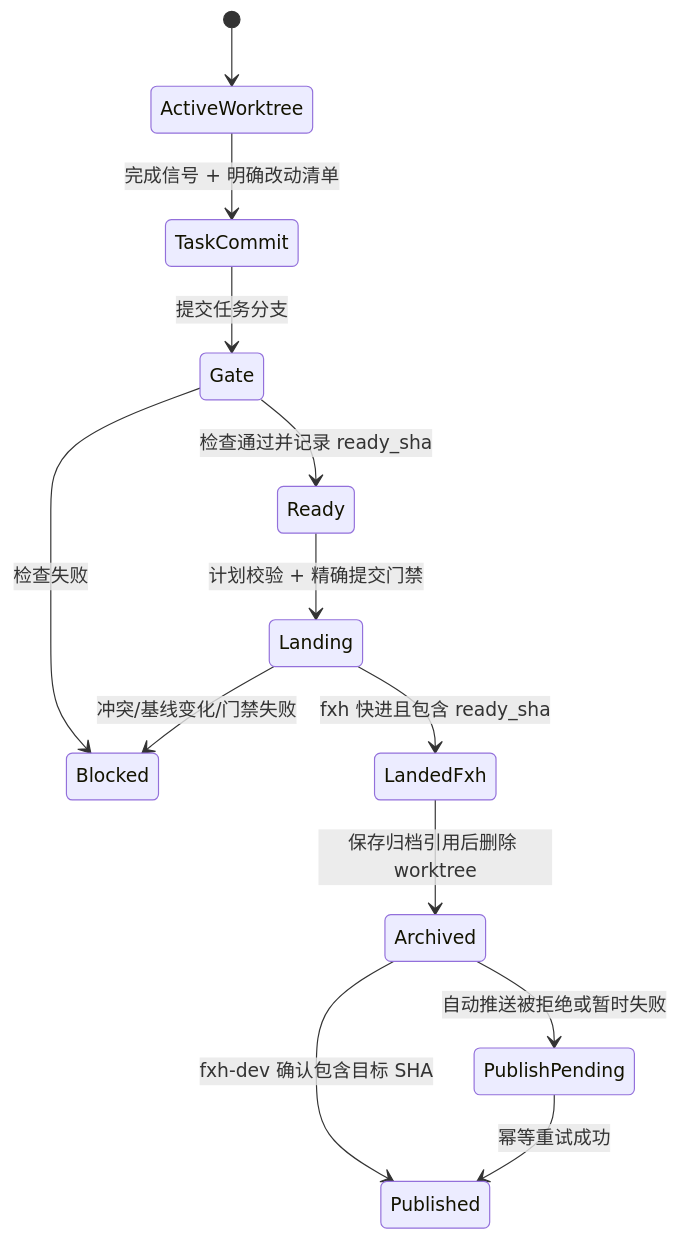
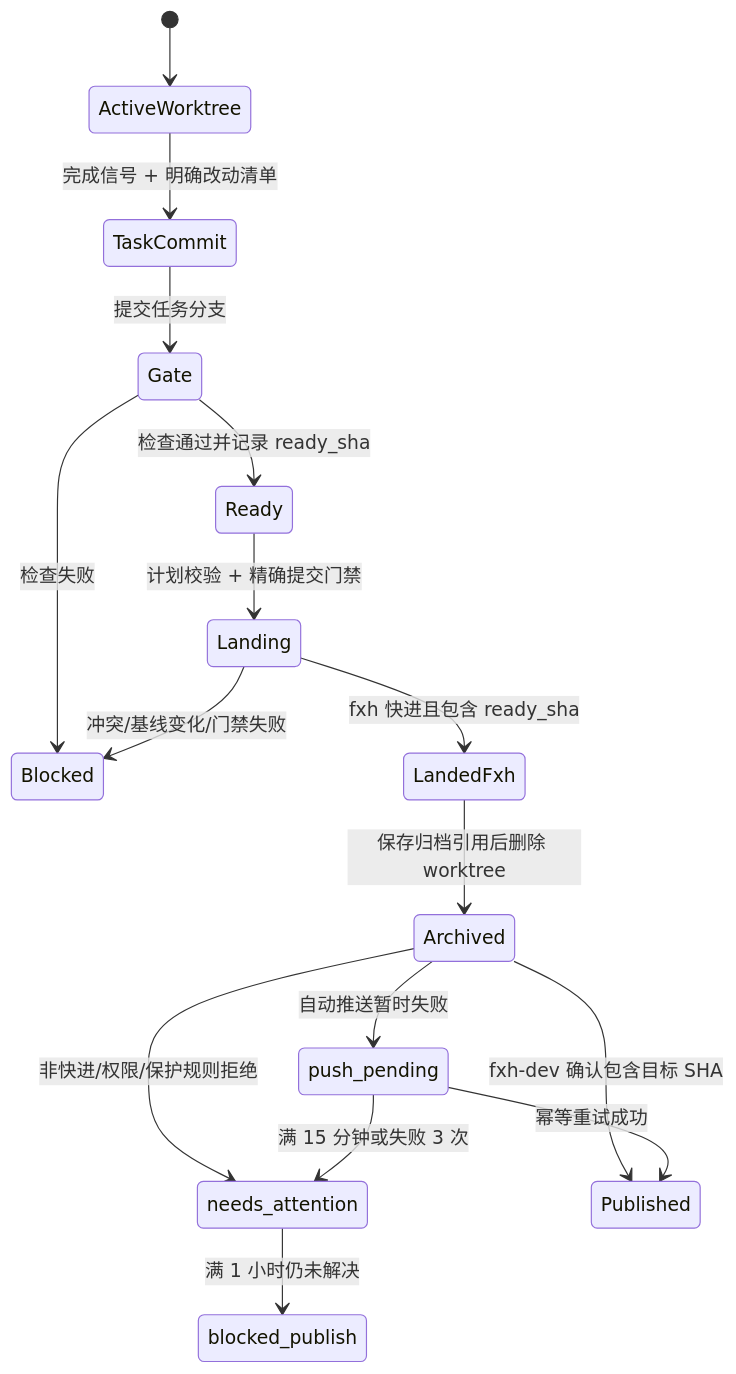
Before and after one commit to fangxh2013/aisk-hub: the diagram in agent-skills/docs/reviews/XINHUA-WORKTREE-AUTO-FLOW-PLAN-2026-09-23.md, drawn with Mermaid. The commit also changed other lines of this file, not shown here.

```diff
--- a/agent-skills/docs/reviews/XINHUA-WORKTREE-AUTO-FLOW-PLAN-2026-09-23.md
+++ b/agent-skills/docs/reviews/XINHUA-WORKTREE-AUTO-FLOW-PLAN-2026-09-23.md
@@ -70,15 +72,18 @@
 ~~~mermaid
 stateDiagram-v2
     [*] --> ActiveWorktree
     ActiveWorktree --> TaskCommit: 完成信号 + 明确改动清单
     TaskCommit --> Gate: 提交任务分支
     Gate --> Ready: 检查通过并记录 ready_sha
     Gate --> Blocked: 检查失败
     Ready --> Landing: 计划校验 + 精确提交门禁
     Landing --> LandedFxh: fxh 快进且包含 ready_sha
     Landing --> Blocked: 冲突/基线变化/门禁失败
     LandedFxh --> Archived: 保存归档引用后删除 worktree
-    Archived --> PublishPending: 自动推送被拒绝或暂时失败
+    Archived --> push_pending: 自动推送暂时失败
+    Archived --> needs_attention: 非快进/权限/保护规则拒绝
     Archived --> Published: fxh-dev 确认包含目标 SHA
-    PublishPending --> Published: 幂等重试成功
+    push_pending --> Published: 幂等重试成功
+    push_pending --> needs_attention: 满 15 分钟或失败 3 次
+    needs_attention --> blocked_publish: 满 1 小时仍未解决
 ~~~
```
